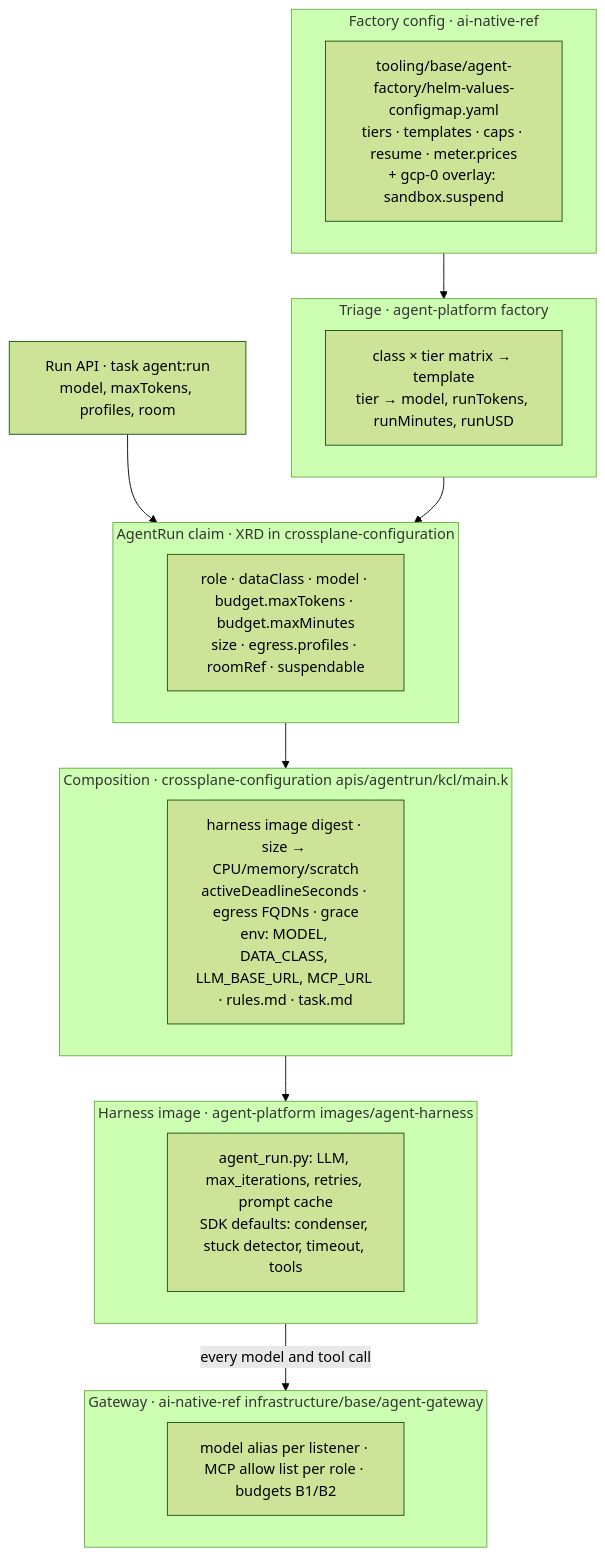
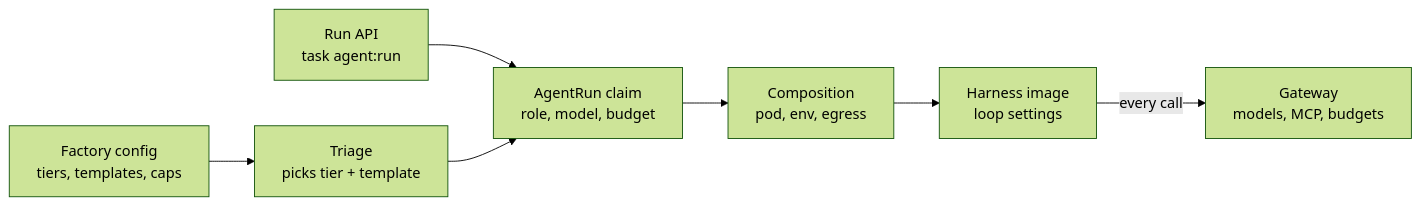
One commit to Smana/ai-native-ref changed the second of 3 diagrams in website/content/docs/platform/ai-platform/agents/harness.md. Above: the diagram before and after it, drawn with Mermaid (forest theme). The commit also changed other lines of this file and 2 other files, not shown here.

Commit message:
docs(agents): split harness tuning into a guide and a reference

````diff
--- a/website/content/docs/platform/ai-platform/agents/harness.md
+++ b/website/content/docs/platform/ai-platform/agents/harness.md
@@ -90,24 +74,9 @@
 ```mermaid
-flowchart TB
-  subgraph F["Factory config · ai-native-ref"]
-    FC["tooling/base/agent-factory/helm-values-configmap.yaml<br/>tiers · templates · caps · resume · meter.prices<br/>+ gcp-0 overlay: sandbox.suspend"]
-  end
-  subgraph T["Triage · agent-platform factory"]
-    TR["class × tier matrix → template<br/>tier → model, runTokens, runMinutes, runUSD"]
-  end
-  subgraph C["AgentRun claim · XRD in crossplane-configuration"]
-    CL["role · dataClass · model · budget.maxTokens · budget.maxMinutes<br/>size · egress.profiles · roomRef · suspendable"]
-  end
-  subgraph K["Composition · crossplane-configuration apis/agentrun/kcl/main.k"]
-    KC["harness image digest · size → CPU/memory/scratch<br/>activeDeadlineSeconds · egress FQDNs · grace<br/>env: MODEL, DATA_CLASS, LLM_BASE_URL, MCP_URL · rules.md · task.md"]
-  end
-  subgraph H["Harness image · agent-platform images/agent-harness"]
-    HC["agent_run.py: LLM, max_iterations, retries, prompt cache<br/>SDK defaults: condenser, stuck detector, timeout, tools"]
-  end
-  subgraph G["Gateway · ai-native-ref infrastructure/base/agent-gateway"]
-    GC["model alias per listener · MCP allow list per role · budgets B1/B2"]
-  end
-  API["Run API · task agent:run<br/>model, maxTokens, profiles, room"] --> C
-  F --> T --> C --> K --> H
-  H -- "every model and tool call" --> G
+flowchart LR
+  F["Factory config<br/>tiers, templates, caps"] --> T["Triage<br/>picks tier + template"]
+  API["Run API<br/>task agent:run"] --> C
+  T --> C["AgentRun claim<br/>role, model, budget"]
+  C --> K["Composition<br/>pod, env, egress"]
+  K --> H["Harness image<br/>loop settings"]
+  H -- every call --> G["Gateway<br/>models, MCP, budgets"]
 ```
````
